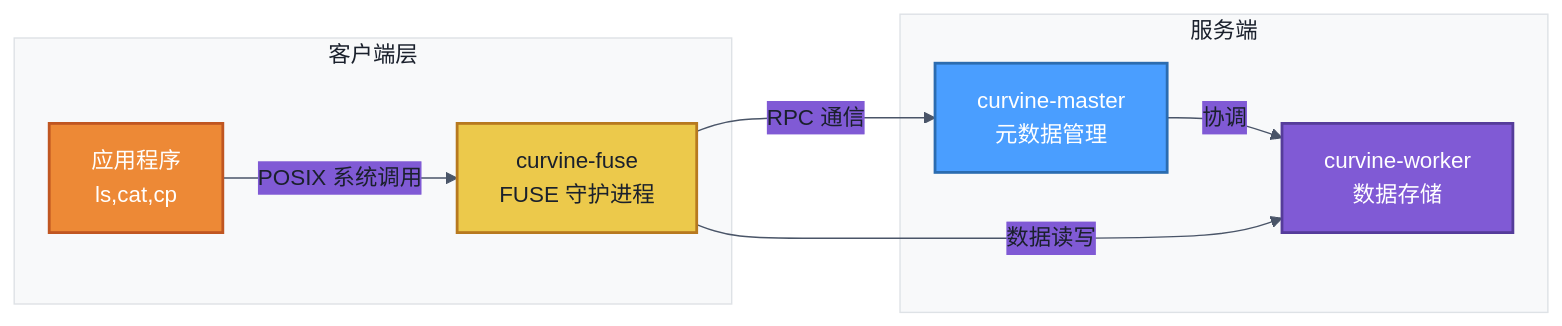
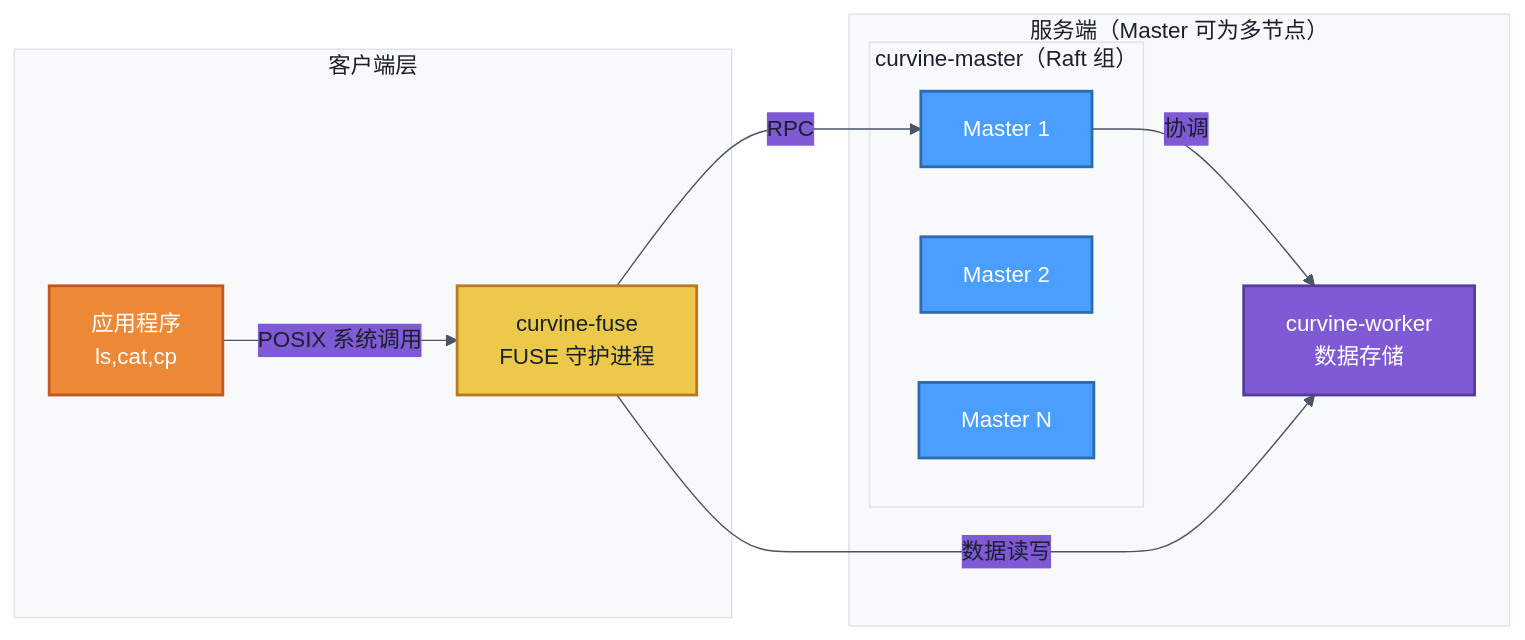
The second of 2 diagrams in i18n/zh-cn/docusaurus-plugin-content-docs/current/2-Deploy/2-Deploy-Curvine-Cluster/0-Deployment-Architecture.md (CurvineIO/curvine-doc), drawn with Mermaid before and after one commit. The commit also changed other lines of this file and 43 other files, not shown here.

Commit message:
docs: enhance architecture and deployment documentation (#43)

````diff
--- a/i18n/zh-cn/docusaurus-plugin-content-docs/current/2-Deploy/2-Deploy-Curvine-Cluster/0-Deployment-Architecture.md
+++ b/i18n/zh-cn/docusaurus-plugin-content-docs/current/2-Deploy/2-Deploy-Curvine-Cluster/0-Deployment-Architecture.md
@@ -88,27 +92,33 @@
 ```mermaid
 %%{init: {'theme': 'base', 'themeVariables': { 'background': '#ffffff', 'primaryColor': '#4a9eff', 'primaryTextColor': '#1a202c', 'primaryBorderColor': '#3182ce', 'lineColor': '#4a5568', 'secondaryColor': '#805ad5', 'tertiaryColor': '#38a169', 'mainBkg': '#ffffff', 'nodeBorder': '#4a5568', 'clusterBkg': '#f8f9fa', 'clusterBorder': '#dee2e6', 'titleColor': '#1a202c'}}}%%
 flowchart LR
     subgraph 客户端层
-    App[应用程序<br/>ls,cat,cp]
-    fuse[curvine-fuse<br/>FUSE 守护进程]
-    App -- POSIX 系统调用 --> fuse
+        App[应用程序<br/>ls,cat,cp]
+        fuse[curvine-fuse<br/>FUSE 守护进程]
+        App -- POSIX 系统调用 --> fuse
     end
-    subgraph 服务端
-    master[curvine-master<br/>元数据管理]
-    worker[curvine-worker<br/>数据存储]
-    master -- 协调 --> worker
+
+    subgraph 服务端["服务端（Master 可为多节点）"]
+        subgraph Master组["curvine-master（Raft 组）"]
+            M1[Master 1]
+            M2[Master 2]
+            MN[Master N]
+        end
+        worker[curvine-worker<br/>数据存储]
+        M1 -- 协调 --> worker
     end
-    fuse -- RPC 通信 --> master
+
+    fuse -- RPC --> M1
     fuse -- 数据读写 --> worker
 
     %% Styles
     classDef appStyle fill:#ed8936,stroke:#c05621,color:#fff,stroke-width:2px
     classDef fuseStyle fill:#ecc94b,stroke:#b7791f,color:#1a202c,stroke-width:2px
     classDef masterStyle fill:#4a9eff,stroke:#2b6cb0,color:#fff,stroke-width:2px
     classDef workerStyle fill:#805ad5,stroke:#553c9a,color:#fff,stroke-width:2px
     
     class App appStyle
     class fuse fuseStyle
-    class master masterStyle
+    class M1,M2,MN masterStyle
     class worker workerStyle
 ```
````
